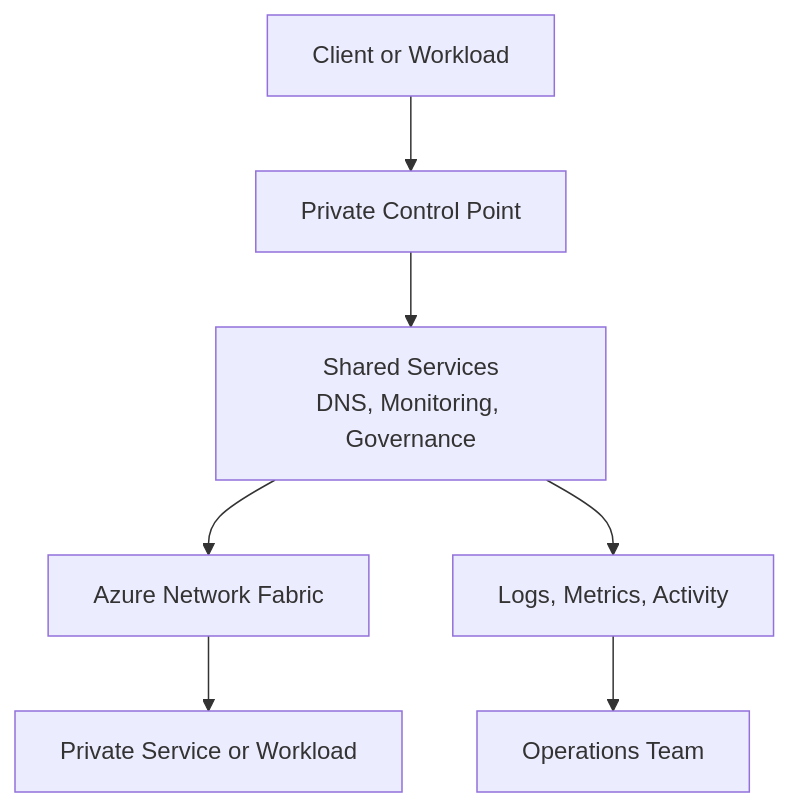
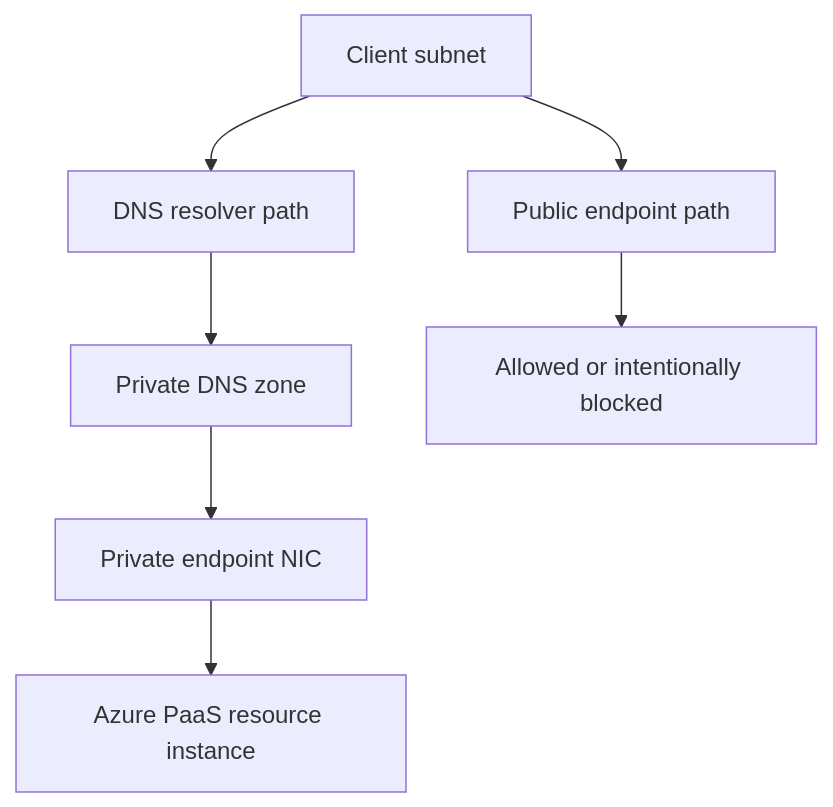
The diagram in docs/best-practices/private-endpoint-best-practices.md (yeongseon/azure-networking-practical-guide), drawn with Mermaid before and after one commit. The commit also changed other lines of this file and 11 other files, not shown here.

````diff
--- a/docs/best-practices/private-endpoint-best-practices.md
+++ b/docs/best-practices/private-endpoint-best-practices.md
@@ -38,10 +34,9 @@
 ```mermaid
 flowchart TD
-                Source[Client or Workload] --> Control[Private Control Point]
-                Control --> Shared[Shared Services
-DNS, Monitoring, Governance]
-                Shared --> Azure[Azure Network Fabric]
-                Azure --> Target[Private Service or Workload]
-                Shared --> Logs[Logs, Metrics, Activity]
-                Logs --> Ops[Operations Team]
+    Client[Client subnet] --> Resolver[DNS resolver path]
+    Resolver --> PrivateZone[Private DNS zone]
+    PrivateZone --> PrivateEndpoint[Private endpoint NIC]
+    PrivateEndpoint --> Resource[Azure PaaS resource instance]
+    Client --> PublicPath[Public endpoint path]
+    PublicPath --> Decision[Allowed or intentionally blocked]
 ```
````
